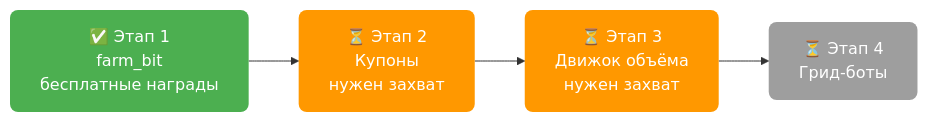
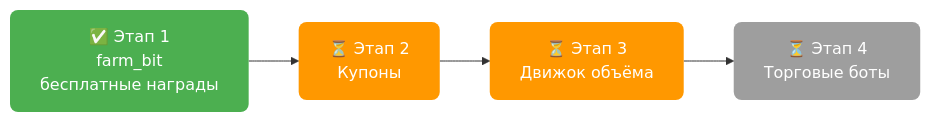
Before and after one commit to AutoPilotSoftware/docs: the second of 2 diagrams in src/content/docs/exchanges/bitget-autopilot/farm-progress.md, drawn with Mermaid. The commit also changed other lines of this file, not shown here.

First line of the commit message:
docs(bitget): rewrite farm-progress for its actual audience

````diff
--- a/src/content/docs/exchanges/bitget-autopilot/farm-progress.md
+++ b/src/content/docs/exchanges/bitget-autopilot/farm-progress.md
@@ -190,10 +149,10 @@
 ```mermaid
 flowchart LR
-    A["✅ Этап 1<br/>farm_bit<br/>бесплатные награды"] --> B["⏳ Этап 2<br/>Купоны<br/>нужен захват"]
-    B --> C["⏳ Этап 3<br/>Движок объёма<br/>нужен захват"]
-    C --> D["⏳ Этап 4<br/>Грид-боты"]
+    A["✅ Этап 1<br/>farm_bit<br/>бесплатные награды"] --> B["⏳ Этап 2<br/>Купоны"]
+    B --> C["⏳ Этап 3<br/>Движок объёма"]
+    C --> D["⏳ Этап 4<br/>Торговые боты"]
     style A fill:#4CAF50,color:#fff,stroke:none,rx:8
     style B fill:#FF9800,color:#fff,stroke:none,rx:8
     style C fill:#FF9800,color:#fff,stroke:none,rx:8
     style D fill:#9E9E9E,color:#fff,stroke:none,rx:8
 ```
````
